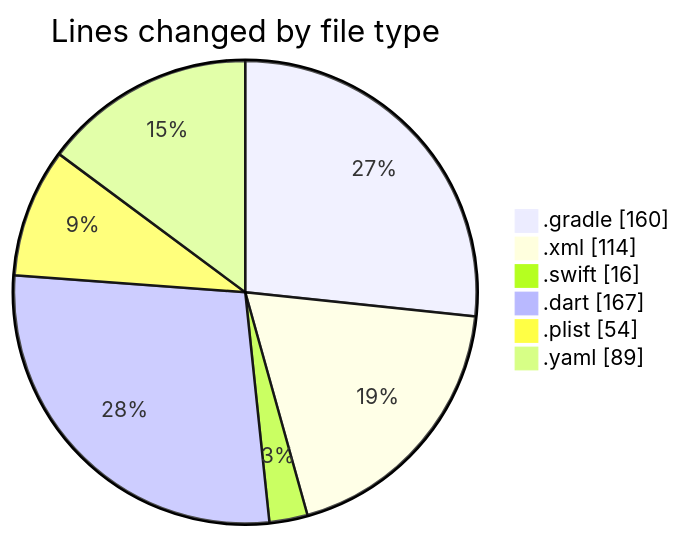
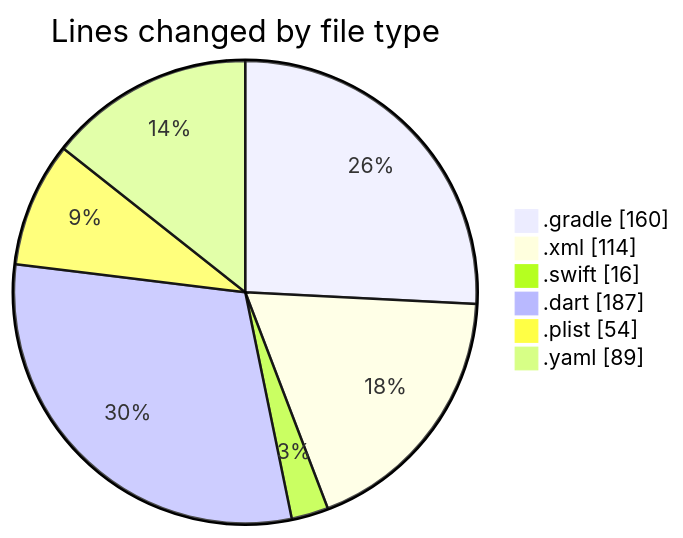
Before and after one commit to donsfak/code-tracking: the first of 2 diagrams in 2025-01-01/uber_clone/README.md, drawn with Mermaid. The commit also changed other lines of this file and 1 other file, not shown here.

````diff
--- a/2025-01-01/uber_clone/README.md
+++ b/2025-01-01/uber_clone/README.md
@@ -28,10 +28,10 @@
 ```mermaid
 pie showData
 title Lines changed by file type
 ".gradle" : 160
 ".xml" : 114
 ".swift" : 16
-".dart" : 167
+".dart" : 187
 ".plist" : 54
 ".yaml" : 89
 ```
````
